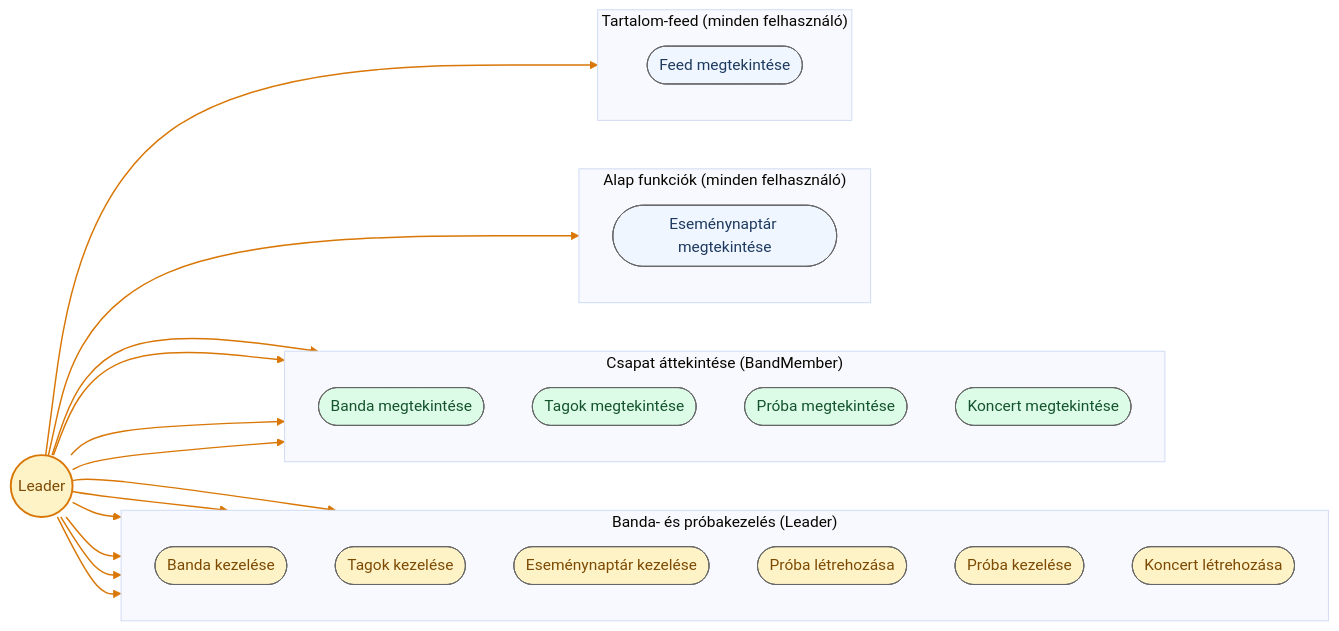
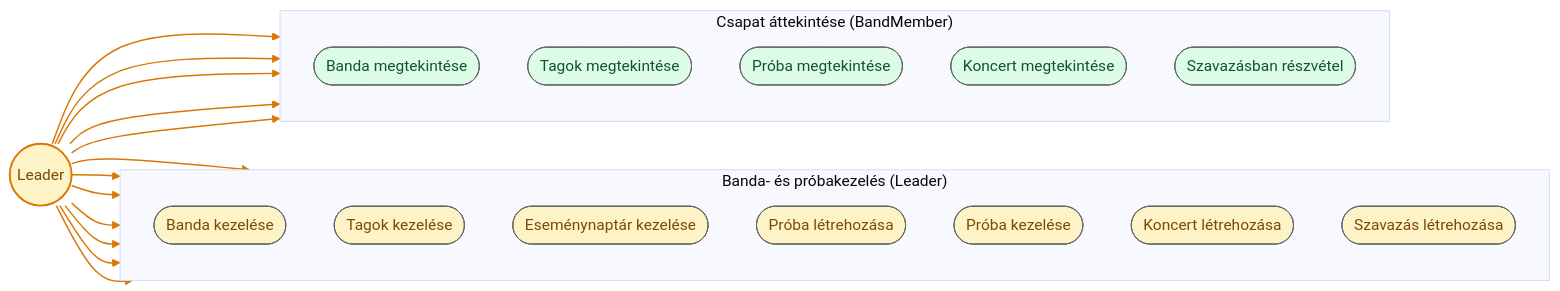
One commit to Kiyo200/BegBand changed the third of 5 diagrams in diagrams/mermaid/UseCase.md. Above: the diagram before and after it, drawn with Mermaid (base theme). The commit also changed other lines of this file and 20 other files, not shown here.

````diff
--- a/diagrams/mermaid/UseCase.md
+++ b/diagrams/mermaid/UseCase.md
@@ -110,56 +121,46 @@
 ```mermaid
 flowchart LR
     Leader(("Leader"))
 
     subgraph PKG_Leader["Banda- és próbakezelés (Leader)"]
         direction TB
         L1(["Banda kezelése"])
         L2(["Tagok kezelése"])
         L3(["Eseménynaptár kezelése"])
         L4(["Próba létrehozása"])
         L5(["Próba kezelése"])
         L6(["Koncert létrehozása"])
+        L7(["Szavazás létrehozása"])
     end
 
     subgraph PKG_Member["Csapat áttekintése (BandMember)"]
         direction TB
         M1(["Banda megtekintése"])
         M2(["Tagok megtekintése"])
         M3(["Próba megtekintése"])
         M5(["Koncert megtekintése"])
-    end
-
-    subgraph PKG_Common["Alap funkciók (minden felhasználó)"]
-        direction TB
-        C7(["Eseménynaptár megtekintése"])
-    end
-
-    subgraph PKG_Feed["Tartalom-feed (minden felhasználó)"]
-        direction TB
-        F4(["Feed megtekintése"])
+        M6(["Szavazásban részvétel"])
     end
 
     Leader --> L1
     Leader --> L2
     Leader --> L3
     Leader --> L4
     Leader --> L5
     Leader --> L6
+    Leader --> L7
     Leader --> M1
     Leader --> M2
     Leader --> M3
     Leader --> M5
-    Leader --> C7
-    Leader --> F4
+    Leader --> M6
 
-    classDef common fill:#EFF6FF,stroke:#666666,color:#1e3a5f
     classDef leaderUC fill:#FEF3C7,stroke:#666666,color:#7c4a03
     classDef memberUC fill:#DCFCE7,stroke:#666666,color:#14532d
     classDef leaderActor fill:#FEF3C7,stroke:#D97706,stroke-width:2px,color:#7c4a03
 
-    class C7,F4 common
-    class L1,L2,L3,L4,L5,L6 leaderUC
-    class M1,M2,M3,M5 memberUC
+    class L1,L2,L3,L4,L5,L6,L7 leaderUC
+    class M1,M2,M3,M5,M6 memberUC
     class Leader leaderActor
     linkStyle 0,1,2,3,4,5,6,7,8,9,10,11 stroke:#D97706,stroke-width:1.5px
 ```
````
